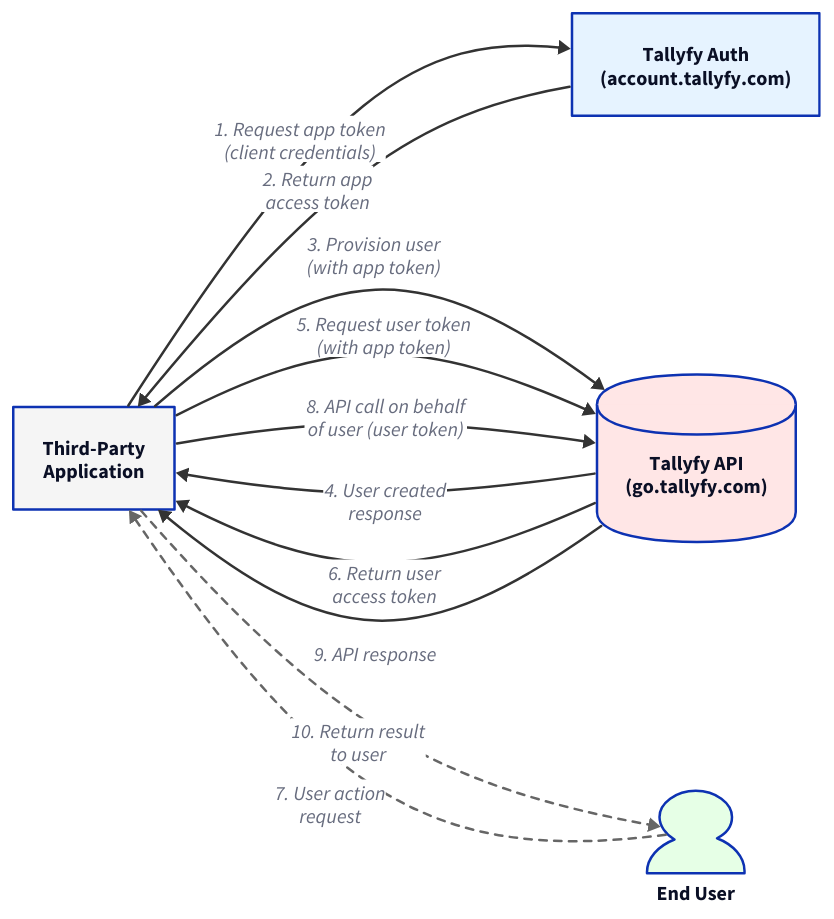
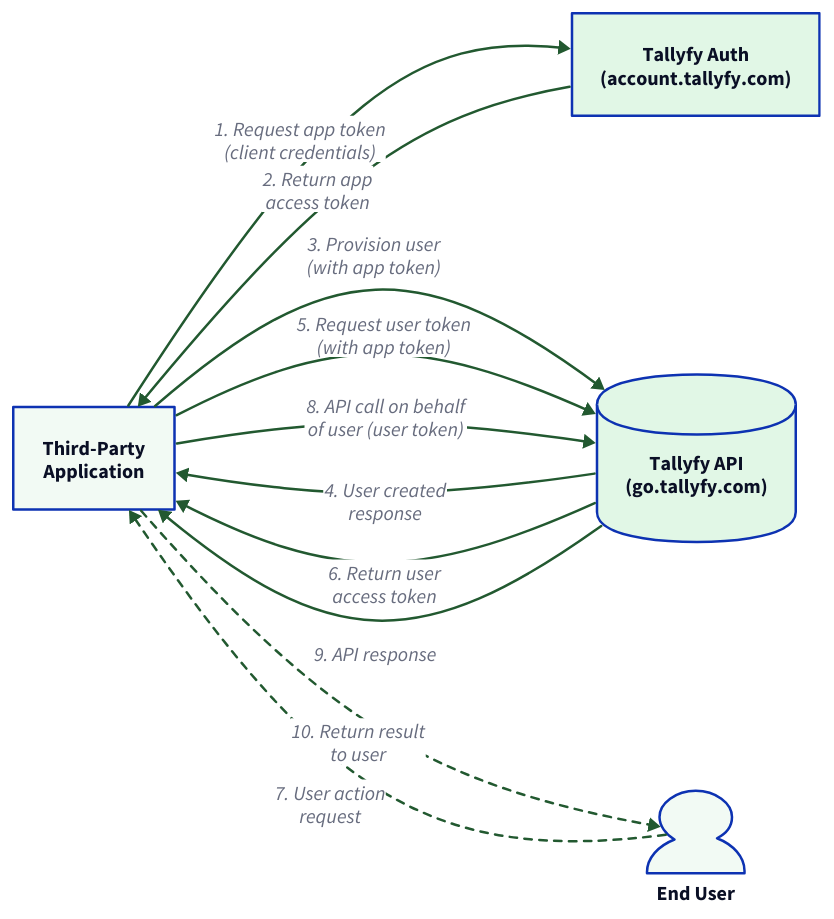
One commit to tallyfy/documentation changed the diagram in src/content/docs/pro/integrations/open-api/access-api-as-a-third-party-application-instead-of-a-user.mdx. Above: the diagram before and after it, drawn with D2. The commit also changed 66 other files, not shown here.

````diff
--- a/src/content/docs/pro/integrations/open-api/access-api-as-a-third-party-application-instead-of-a-user.mdx
+++ b/src/content/docs/pro/integrations/open-api/access-api-as-a-third-party-application-instead-of-a-user.mdx
@@ -39,65 +39,65 @@
 ```d2
 direction: right
 
 App: "Third-Party\nApplication" {
   shape: rectangle
-  style.fill: "#f5f5f5"
+  style.fill: "#f2faf4"
 }
 
 Auth: "Tallyfy Auth\n(account.tallyfy.com)" {
   shape: rectangle
-  style.fill: "#e6f3ff"
+  style.fill: "#e1f7e6"
 }
 
 API: "Tallyfy API\n(go.tallyfy.com)" {
   shape: cylinder
-  style.fill: "#ffe6e6"
+  style.fill: "#e1f7e6"
 }
 
 User: "End User" {
   shape: person
-  style.fill: "#e6ffe6"
+  style.fill: "#f2faf4"
 }
 
 App -> Auth: "1. Request app token\n(client credentials)" {
-  style.stroke: "#333"
+  style.stroke: "#225930"
 }
 
 Auth -> App: "2. Return app\naccess token" {
-  style.stroke: "#333"
+  style.stroke: "#225930"
 }
 
 App -> API: "3. Provision user\n(with app token)" {
-  style.stroke: "#333"
+  style.stroke: "#225930"
 }
 
 API -> App: "4. User created\nresponse" {
-  style.stroke: "#333"
+  style.stroke: "#225930"
 }
 
 App -> API: "5. Request user token\n(with app token)" {
-  style.stroke: "#333"
+  style.stroke: "#225930"
 }
 
 API -> App: "6. Return user\naccess token" {
-  style.stroke: "#333"
+  style.stroke: "#225930"
 }
 
 User -> App: "7. User action\nrequest" {
-  style.stroke: "#666"
+  style.stroke: "#225930"
   style.stroke-dash: 3
 }
 
 App -> API: "8. API call on behalf\nof user (user token)" {
-  style.stroke: "#333"
+  style.stroke: "#225930"
 }
 
 API -> App: "9. API response" {
-  style.stroke: "#333"
+  style.stroke: "#225930"
 }
 
 App -> User: "10. Return result\nto user" {
-  style.stroke: "#666"
+  style.stroke: "#225930"
   style.stroke-dash: 3
 }
 ```
````
